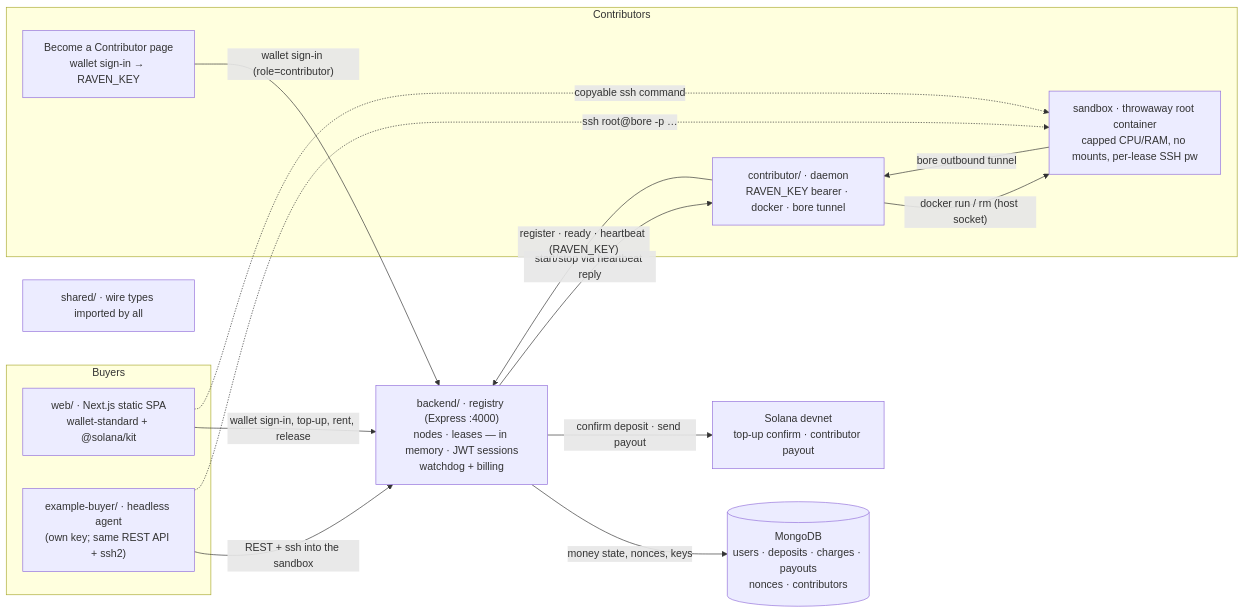
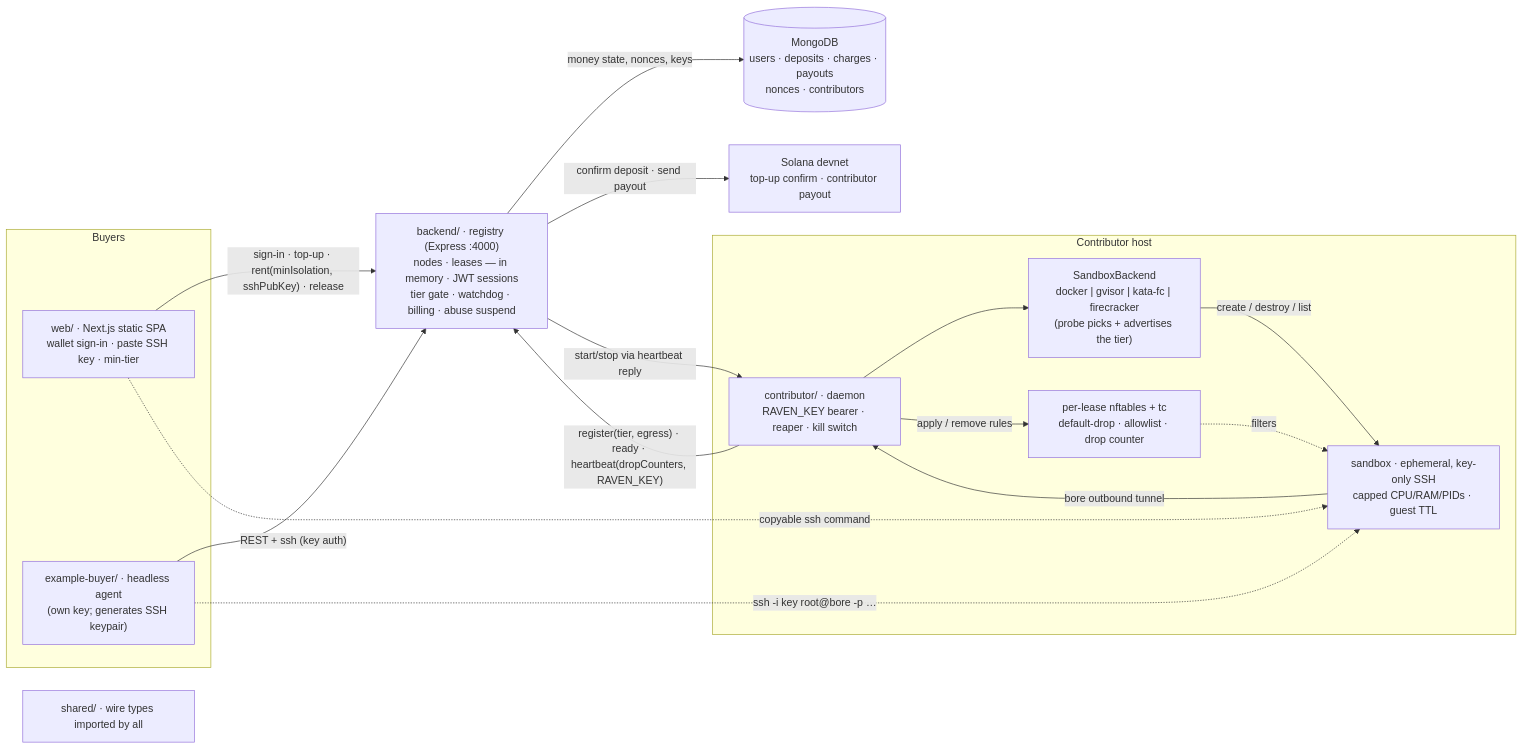
Before and after one commit to Koushikmondal06/RAVEN: the diagram in README.md, drawn with Mermaid. The commit also changed other lines of this file and 1 other file, not shown here.

Commit message:
docs: refresh architecture diagram + env examples for tiered isolation
Redraw the architecture mermaid to show the pluggable SandboxBackend
(docker/gvisor/kata-fc/firecracker), the per-lease egress firewall, reaper, and
kill switch; update the pieces table and buyer/web descriptions for key-only SSH
and the min-tier selector. Add the firecracker script paths (FC_KERNEL /
FC_CACHE_DIR / FC_CHROOT) to contributor/.env.example.

````diff
--- a/README.md
+++ b/README.md
@@ -11,32 +11,35 @@
 ```mermaid
 flowchart LR
     subgraph buyers [Buyers]
-        web["web/ · Next.js static SPA<br/>wallet-standard + @solana/kit"]
-        agent["example-buyer/ · headless agent<br/>(own key; same REST API + ssh2)"]
+        web["web/ · Next.js static SPA<br/>wallet sign-in · paste SSH key · min-tier"]
+        agent["example-buyer/ · headless agent<br/>(own key; generates SSH keypair)"]
     end
 
-    registry["backend/ · registry (Express :4000)<br/>nodes · leases — in memory · JWT sessions<br/>watchdog + billing"]
+    registry["backend/ · registry (Express :4000)<br/>nodes · leases — in memory · JWT sessions<br/>tier gate · watchdog · billing · abuse suspend"]
 
-    subgraph contribs [Contributors]
-        onboarding["Become a Contributor page<br/>wallet sign-in → RAVEN_KEY"]
-        contributor["contributor/ · daemon<br/>RAVEN_KEY bearer · docker · bore tunnel"]
-        sandbox["sandbox · throwaway root container<br/>capped CPU/RAM, no mounts, per-lease SSH pw"]
+    subgraph contribs [Contributor host]
+        contributor["contributor/ · daemon<br/>RAVEN_KEY bearer · reaper · kill switch"]
+        backendsel["SandboxBackend<br/>docker | gvisor | kata-fc | firecracker<br/>(probe picks + advertises the tier)"]
+        sandbox["sandbox · ephemeral, key-only SSH<br/>capped CPU/RAM/PIDs · guest TTL"]
+        egress["per-lease nftables + tc<br/>default-drop · allowlist · drop counter"]
     end
 
     mongo[("MongoDB<br/>users · deposits · charges · payouts<br/>nonces · contributors")]
     solana["Solana devnet<br/>top-up confirm · contributor payout"]
 
-    web -- "wallet sign-in, top-up, rent, release" --> registry
-    onboarding -- "wallet sign-in (role=contributor)" --> registry
-    agent -- "REST + ssh into the sandbox" --> registry
+    web -- "sign-in · top-up · rent(minIsolation, sshPubKey) · release" --> registry
+    agent -- "REST + ssh (key auth)" --> registry
     registry -- "money state, nonces, keys" --> mongo
     registry -- "confirm deposit · send payout" --> solana
     registry -- "start/stop via heartbeat reply" --> contributor
-    contributor -- "register · ready · heartbeat (RAVEN_KEY)" --> registry
-    contributor -- "docker run / rm (host socket)" --> sandbox
+    contributor -- "register(tier, egress) · ready · heartbeat(dropCounters, RAVEN_KEY)" --> registry
+    contributor --> backendsel
+    backendsel -- "create / destroy / list" --> sandbox
+    contributor -- "apply / remove rules" --> egress
+    egress -. "filters" .-> sandbox
     sandbox -- "bore outbound tunnel" --> contributor
-    agent -. "ssh root@bore -p …" .-> sandbox
+    agent -. "ssh -i key root@bore -p …" .-> sandbox
     web -. "copyable ssh command" .-> sandbox
 
     shared["shared/ · wire types imported by all"]
 ```
````
